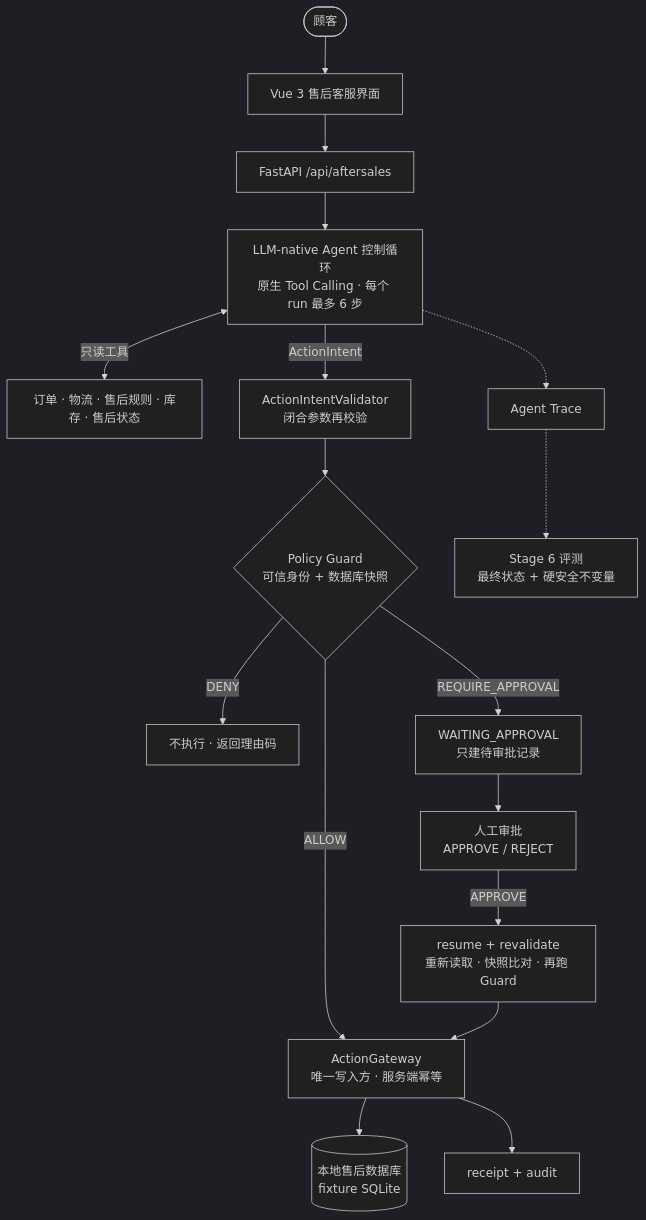
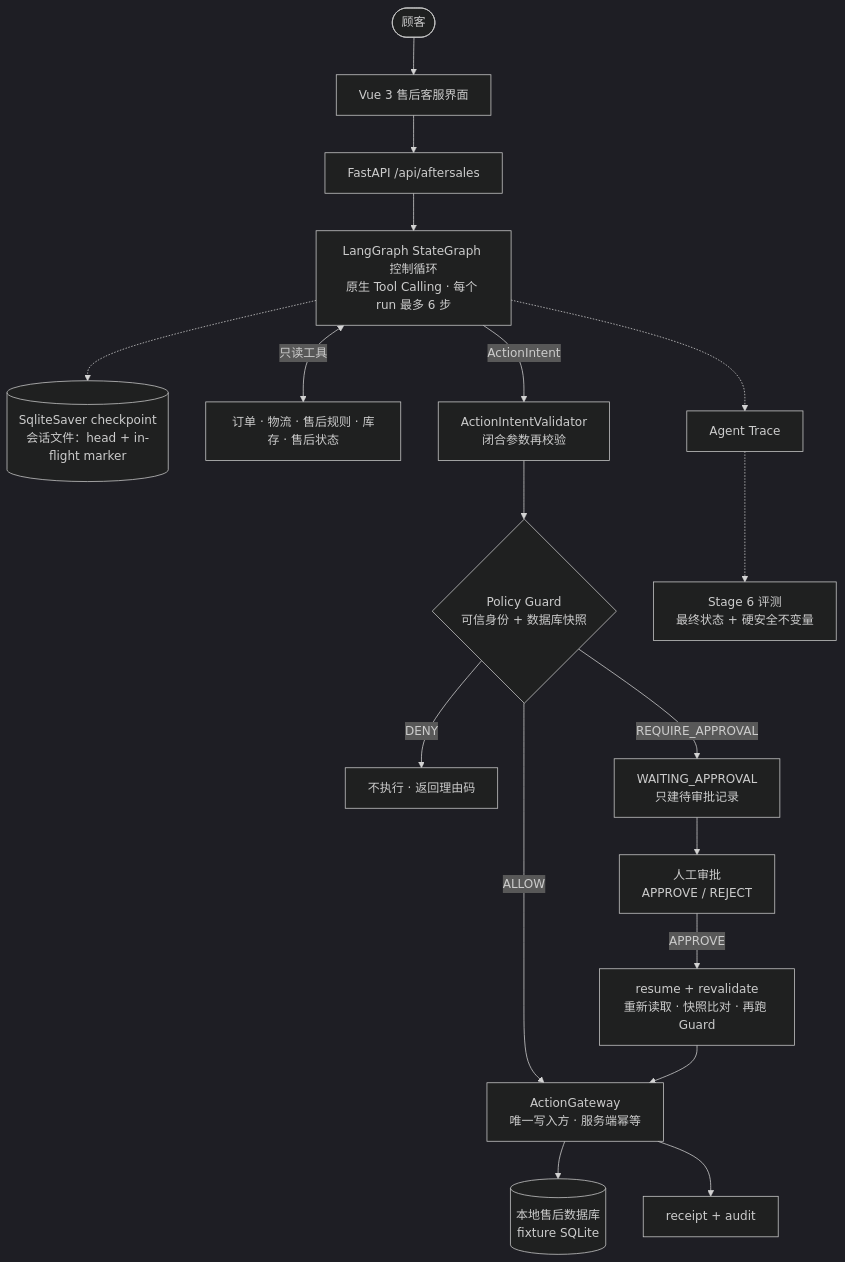
The first of 2 diagrams in README.md (sjhesjaj/GroundedAgent), drawn with Mermaid (dark theme) before and after one commit. The commit also changed other lines of this file and 3 other files, not shown here.

````diff
--- a/README.md
+++ b/README.md
@@ -42,20 +43,21 @@
 ```mermaid
 flowchart TB
     C([顾客]) --> UI["Vue 3 售后客服界面"]
     UI --> API["FastAPI /api/aftersales"]
-    API --> LOOP["LLM-native Agent 控制循环<br/>原生 Tool Calling · 每个 run 最多 6 步"]
+    API --> LOOP["LangGraph StateGraph 控制循环<br/>原生 Tool Calling · 每个 run 最多 6 步"]
+    LOOP -.-> CKPT[("SqliteSaver checkpoint<br/>会话文件：head + in-flight marker")]
     LOOP <-->|只读工具| READ["订单 · 物流 · 售后规则 · 库存 · 售后状态"]
     LOOP -->|ActionIntent| VAL["ActionIntentValidator<br/>闭合参数再校验"]
     VAL --> GUARD{"Policy Guard<br/>可信身份 + 数据库快照"}
     GUARD -->|DENY| DENIED["不执行 · 返回理由码"]
     GUARD -->|ALLOW| GW
     GUARD -->|REQUIRE_APPROVAL| WAIT["WAITING_APPROVAL<br/>只建待审批记录"]
     WAIT --> HUMAN["人工审批<br/>APPROVE / REJECT"]
     HUMAN -->|APPROVE| RESUME["resume + revalidate<br/>重新读取 · 快照比对 · 再跑 Guard"]
     RESUME --> GW["ActionGateway<br/>唯一写入方 · 服务端幂等"]
     GW --> DB[("本地售后数据库<br/>fixture SQLite")]
     GW --> RCPT["receipt + audit"]
 
     LOOP -.-> TRACE["Agent Trace"]
     TRACE -.-> EVAL["Stage 6 评测<br/>最终状态 + 硬安全不变量"]
 ```
````
